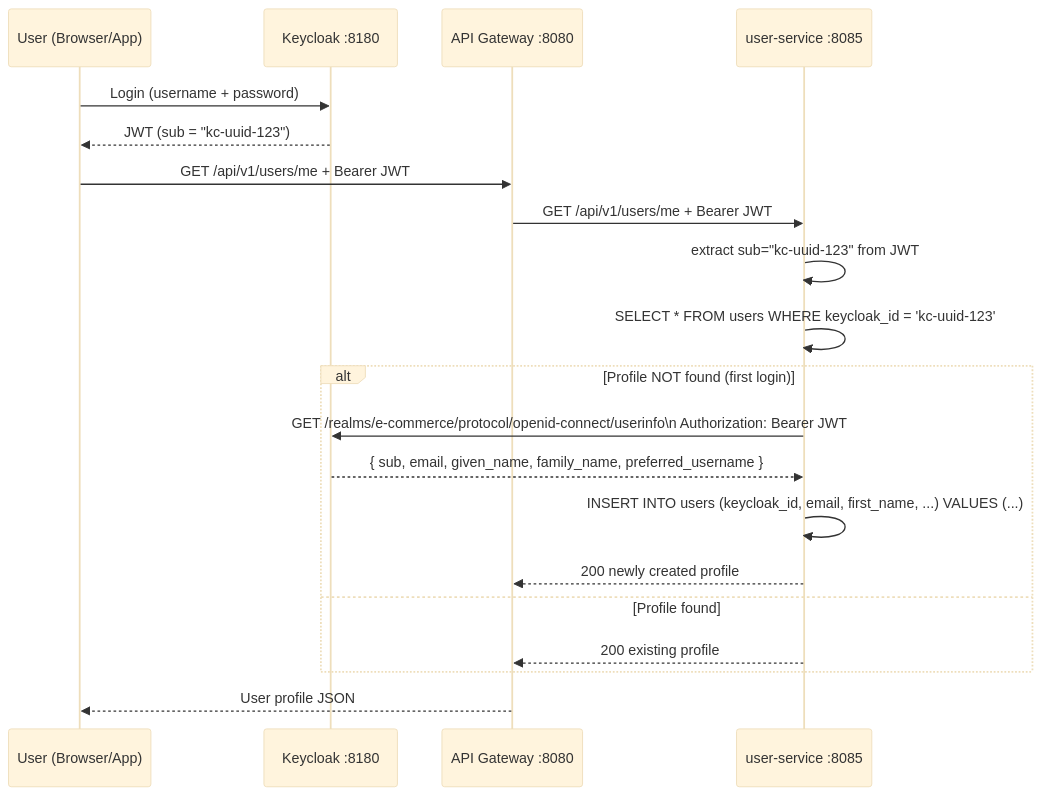
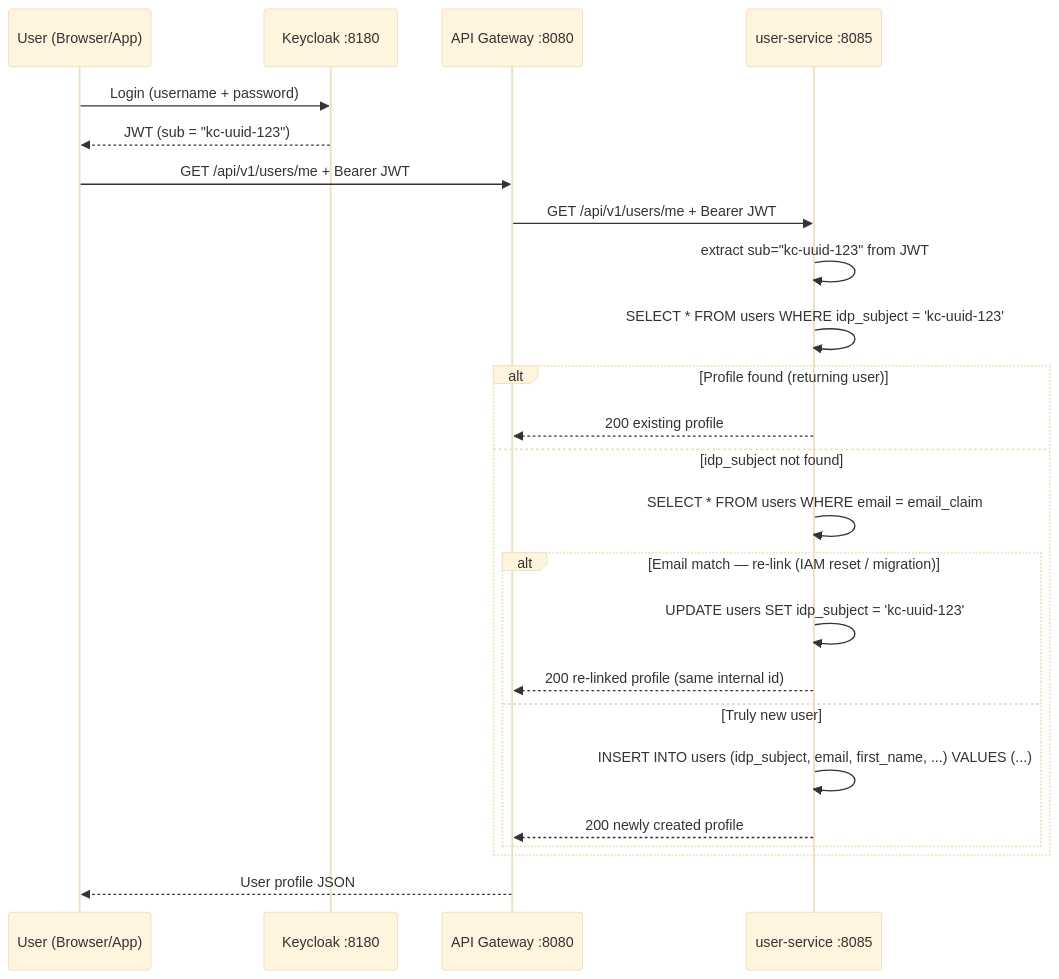
One commit to ricsanfre/spring-microservices-otel-k8s changed the first of 3 diagrams in design/user-service-keycloak-registration-flow.md. Above: the diagram before and after it, drawn with Mermaid (base theme). The commit also changed other lines of this file and 4 other files, not shown here.

Commit message:
Updating user lazy registration flow to support changes in sub id (keycloak id) when Keycloak DB is reset.

````diff
--- a/design/user-service-keycloak-registration-flow.md
+++ b/design/user-service-keycloak-registration-flow.md
@@ -13,24 +13,28 @@
 ```mermaid
 sequenceDiagram
     participant U as User (Browser/App)
     participant KC as Keycloak :8180
     participant GW as API Gateway :8080
     participant US as user-service :8085
 
     U->>KC: Login (username + password)
     KC-->>U: JWT (sub = "kc-uuid-123")
 
     U->>GW: GET /api/v1/users/me + Bearer JWT
     GW->>US: GET /api/v1/users/me + Bearer JWT
     US->>US: extract sub="kc-uuid-123" from JWT
-    US->>US: SELECT * FROM users WHERE keycloak_id = 'kc-uuid-123'
-    alt Profile NOT found (first login)
-        US->>KC: GET /realms/e-commerce/protocol/openid-connect/userinfo\n       Authorization: Bearer JWT
-        KC-->>US: { sub, email, given_name, family_name, preferred_username }
-        US->>US: INSERT INTO users (keycloak_id, email, first_name, ...) VALUES (...)
-        US-->>GW: 200 newly created profile
-    else Profile found
+    US->>US: SELECT * FROM users WHERE idp_subject = 'kc-uuid-123'
+    alt Profile found (returning user)
         US-->>GW: 200 existing profile
+    else idp_subject not found
+        US->>US: SELECT * FROM users WHERE email = email_claim
+        alt Email match — re-link (IAM reset / migration)
+            US->>US: UPDATE users SET idp_subject = 'kc-uuid-123'
+            US-->>GW: 200 re-linked profile (same internal id)
+        else Truly new user
+            US->>US: INSERT INTO users (idp_subject, email, first_name, ...) VALUES (...)
+            US-->>GW: 200 newly created profile
+        end
     end
     GW-->>U: User profile JSON
 ```
````
